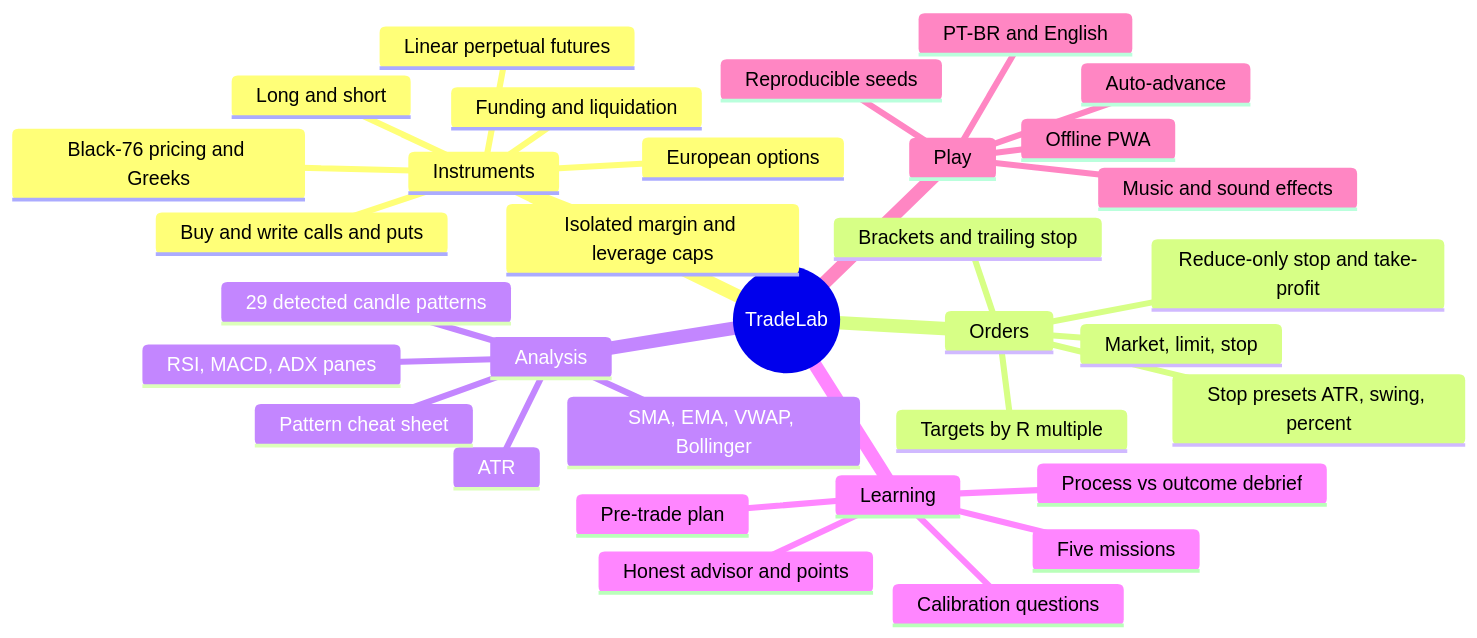
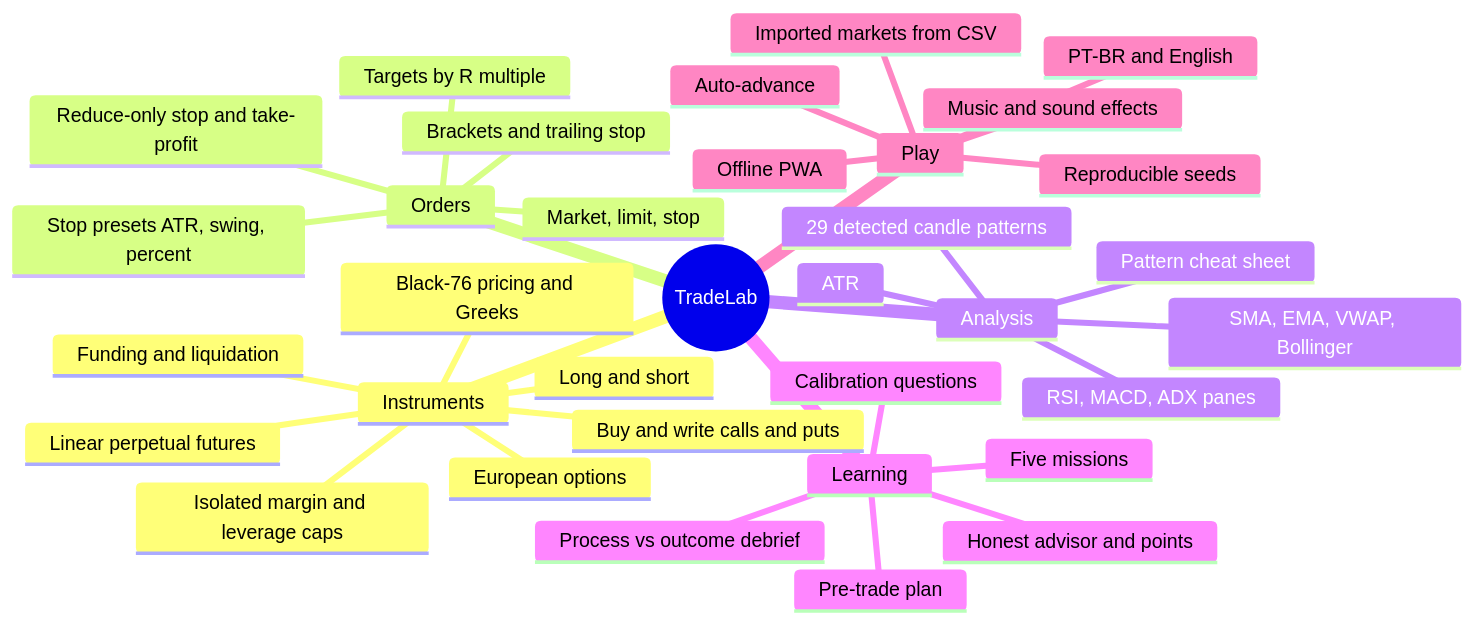
The first of 7 diagrams in README.md (CyberdyneCorp/trading-game), drawn with Mermaid before and after one commit. The commit also changed other lines of this file and 112 other files, not shown here.

````diff
--- a/README.md
+++ b/README.md
@@ -45,36 +45,37 @@
 ```mermaid
 mindmap
   root((TradeLab))
     Instruments
       Linear perpetual futures
       Long and short
       Isolated margin and leverage caps
       Funding and liquidation
       European options
       Buy and write calls and puts
       Black-76 pricing and Greeks
     Orders
       Market, limit, stop
       Reduce-only stop and take-profit
       Brackets and trailing stop
       Stop presets ATR, swing, percent
       Targets by R multiple
     Analysis
       SMA, EMA, VWAP, Bollinger
       RSI, MACD, ADX panes
       ATR
       29 detected candle patterns
       Pattern cheat sheet
     Learning
       Five missions
       Honest advisor and points
       Pre-trade plan
       Calibration questions
       Process vs outcome debrief
     Play
       Auto-advance
       Music and sound effects
       Offline PWA
+      Imported markets from CSV
       PT-BR and English
       Reproducible seeds
 ```
````
